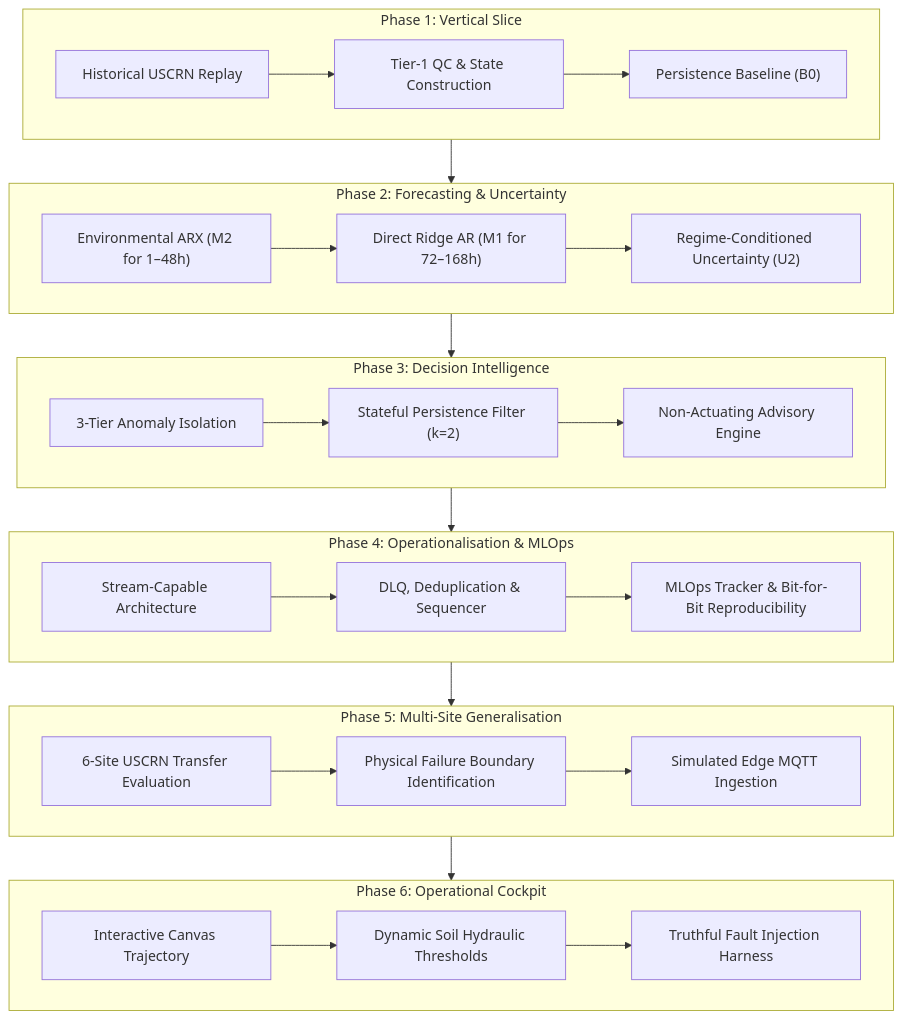
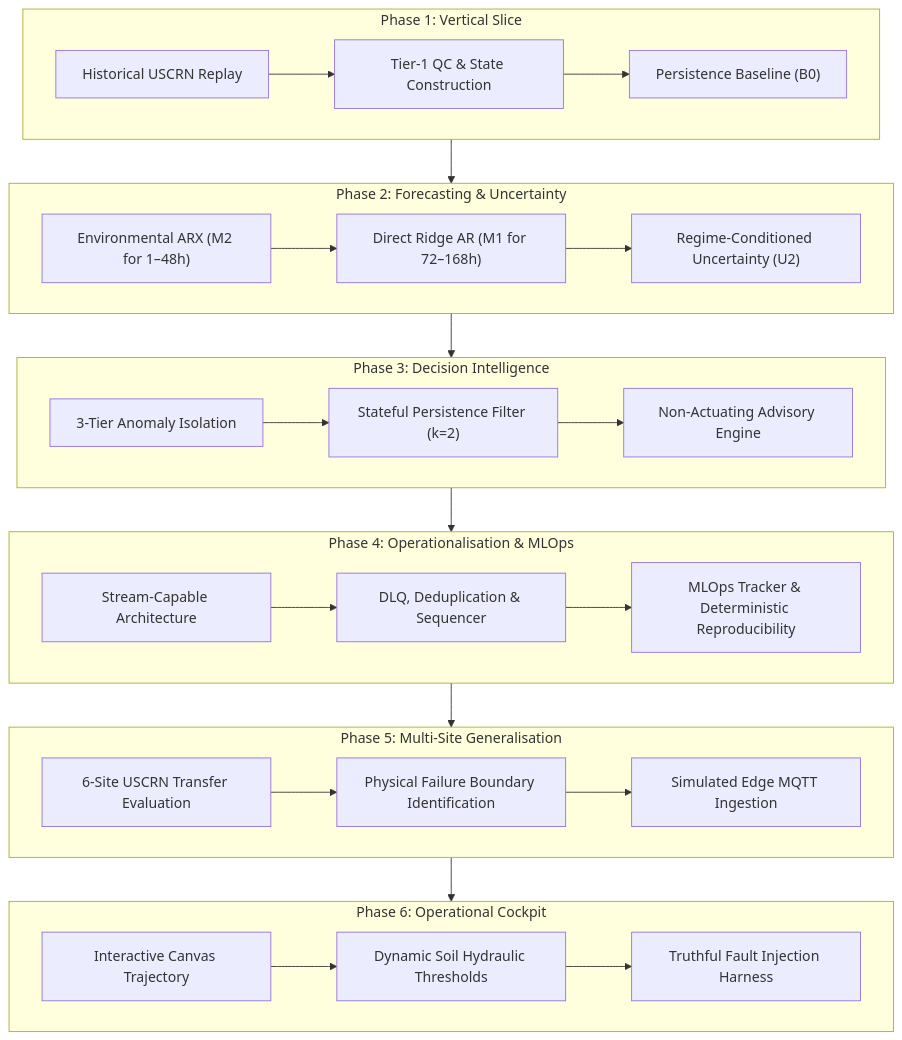
The first of 3 diagrams in README.md (chilispammm/Agri-Telemetry-Forecasting-Platform), drawn with Mermaid before and after one commit. The commit also changed other lines of this file and 5 other files, not shown here.

````diff
--- a/README.md
+++ b/README.md
@@ -20,34 +20,34 @@
 ```mermaid
 flowchart TD
     subgraph P1["Phase 1: Vertical Slice"]
         P1_1["Historical USCRN Replay"] --> P1_2["Tier-1 QC & State Construction"]
         P1_2 --> P1_3["Persistence Baseline (B0)"]
     end
 
     subgraph P2["Phase 2: Forecasting & Uncertainty"]
         P2_1["Environmental ARX (M2 for 1–48h)"] --> P2_2["Direct Ridge AR (M1 for 72–168h)"]
         P2_2 --> P2_3["Regime-Conditioned Uncertainty (U2)"]
     end
 
     subgraph P3["Phase 3: Decision Intelligence"]
         P3_1["3-Tier Anomaly Isolation"] --> P3_2["Stateful Persistence Filter (k=2)"]
         P3_2 --> P3_3["Non-Actuating Advisory Engine"]
     end
 
     subgraph P4["Phase 4: Operationalisation & MLOps"]
         P4_1["Stream-Capable Architecture"] --> P4_2["DLQ, Deduplication & Sequencer"]
-        P4_2 --> P4_3["MLOps Tracker & Bit-for-Bit Reproducibility"]
+        P4_2 --> P4_3["MLOps Tracker & Deterministic Reproducibility"]
     end
 
     subgraph P5["Phase 5: Multi-Site Generalisation"]
         P5_1["6-Site USCRN Transfer Evaluation"] --> P5_2["Physical Failure Boundary Identification"]
         P5_2 --> P5_3["Simulated Edge MQTT Ingestion"]
     end
 
     subgraph P6["Phase 6: Operational Cockpit"]
         P6_1["Interactive Canvas Trajectory"] --> P6_2["Dynamic Soil Hydraulic Thresholds"]
         P6_2 --> P6_3["Truthful Fault Injection Harness"]
     end
 
     P1 --> P2 --> P3 --> P4 --> P5 --> P6
 ```
````
